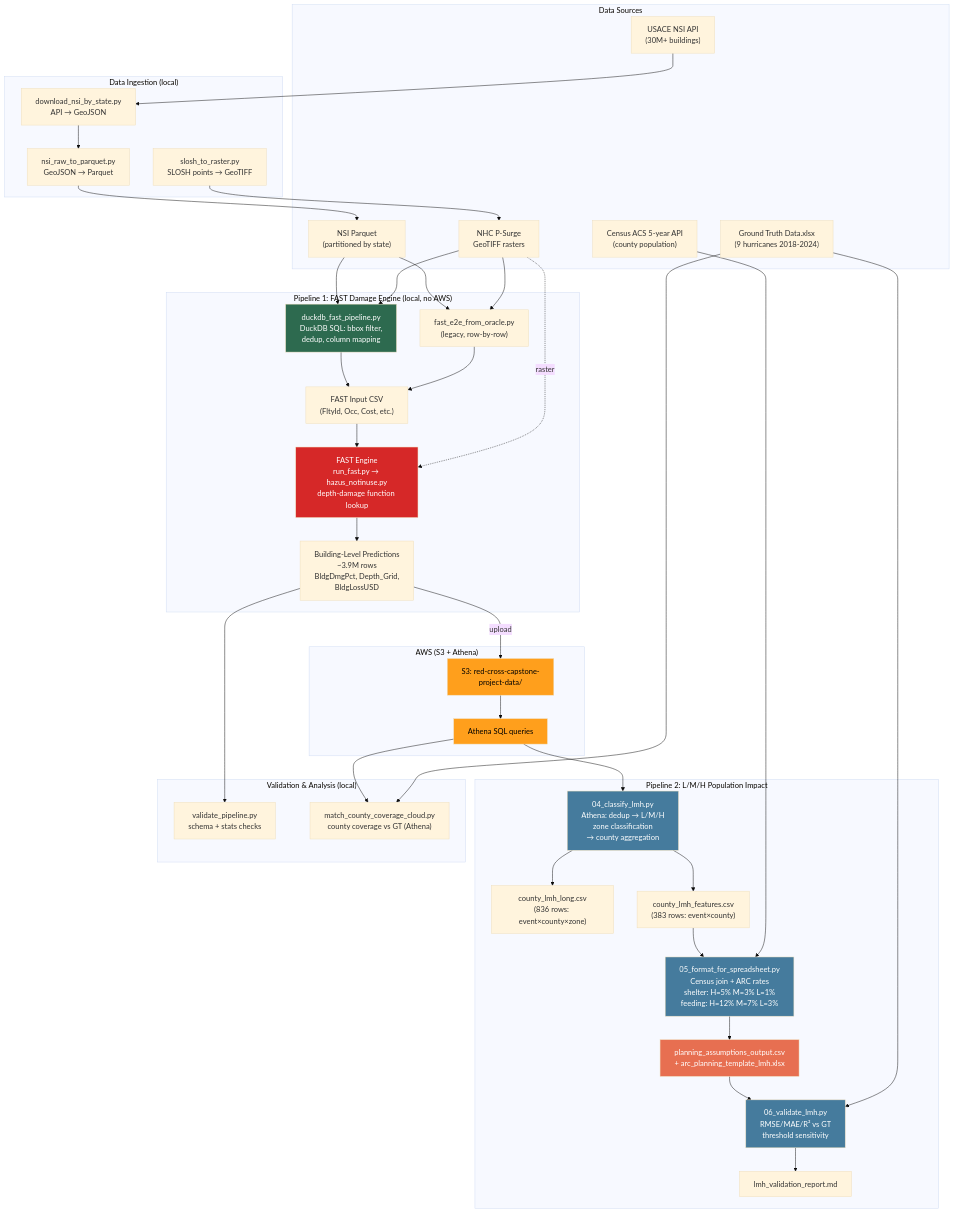
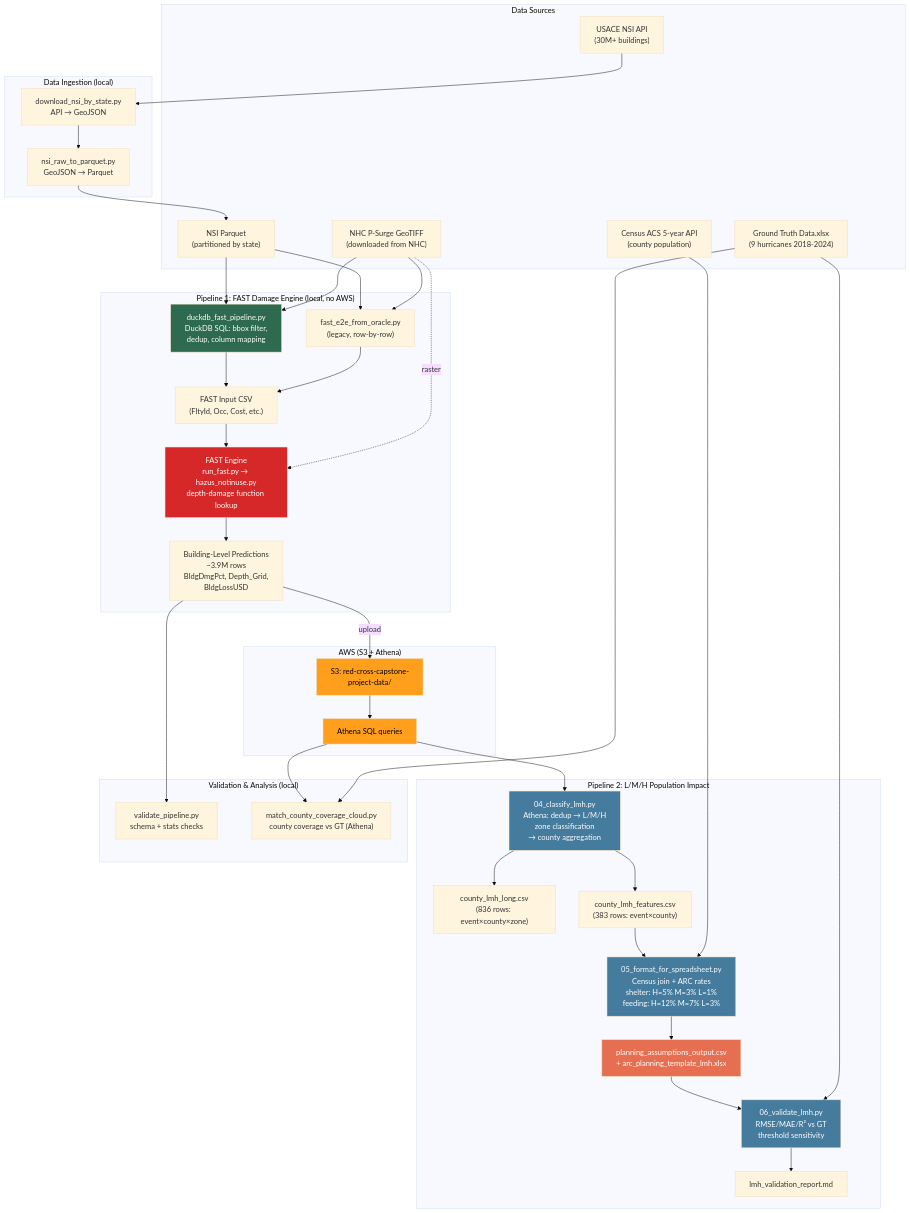
One commit to alexj11324/TSSPIM-Tsunami-and-Storm-Surge-Population-Impact-Model changed the diagram in docs/architecture/e2e_pipeline.md. Above: the diagram before and after it, drawn with Mermaid (base theme). The commit also changed 2 other files, not shown here.

Commit message:
docs: update raster source — P-Surge GeoTIFFs downloaded directly from NHC
SLOSH parquet-to-raster conversion is no longer part of the active pipeline.
Rasters are downloaded directly from NHC as pre-built GeoTIFFs.

- CLAUDE.md: mark slosh_to_raster.py as legacy, remove SLOSH data contract,
  remove slosh command from common commands, update data sources table
- AGENTS.md: update project goal and SLOSH->Raster section
- e2e_pipeline.md: remove SLOSH conversion node from Mermaid diagram

```diff
--- a/docs/architecture/e2e_pipeline.md
+++ b/docs/architecture/e2e_pipeline.md
@@ -4,7 +4,7 @@
 graph TD
     subgraph Data Sources
         NSI_API["USACE NSI API<br/>(30M+ buildings)"]
-        NHC["NHC P-Surge<br/>GeoTIFF rasters"]
+        NHC["NHC P-Surge GeoTIFF<br/>(downloaded from NHC)"]
         NSI_PARQUET["NSI Parquet<br/>(partitioned by state)"]
         CENSUS["Census ACS 5-year API<br/>(county population)"]
         GT["Ground Truth Data.xlsx<br/>(9 hurricanes 2018-2024)"]
@@ -13,7 +13,6 @@
     subgraph "Data Ingestion (local)"
         DL["download_nsi_by_state.py<br/>API → GeoJSON"]
         CONVERT["nsi_raw_to_parquet.py<br/>GeoJSON → Parquet"]
-        SLOSH["slosh_to_raster.py<br/>SLOSH points → GeoTIFF"]
     end
 
     subgraph "Pipeline 1: FAST Damage Engine (local, no AWS)"
@@ -54,7 +53,6 @@
     NSI_PARQUET --> LEGACY
     NHC --> DUCKDB
     NHC --> LEGACY
-    SLOSH --> NHC
     DUCKDB --> FAST_CSV
     LEGACY --> FAST_CSV
     FAST_CSV --> FAST
```
